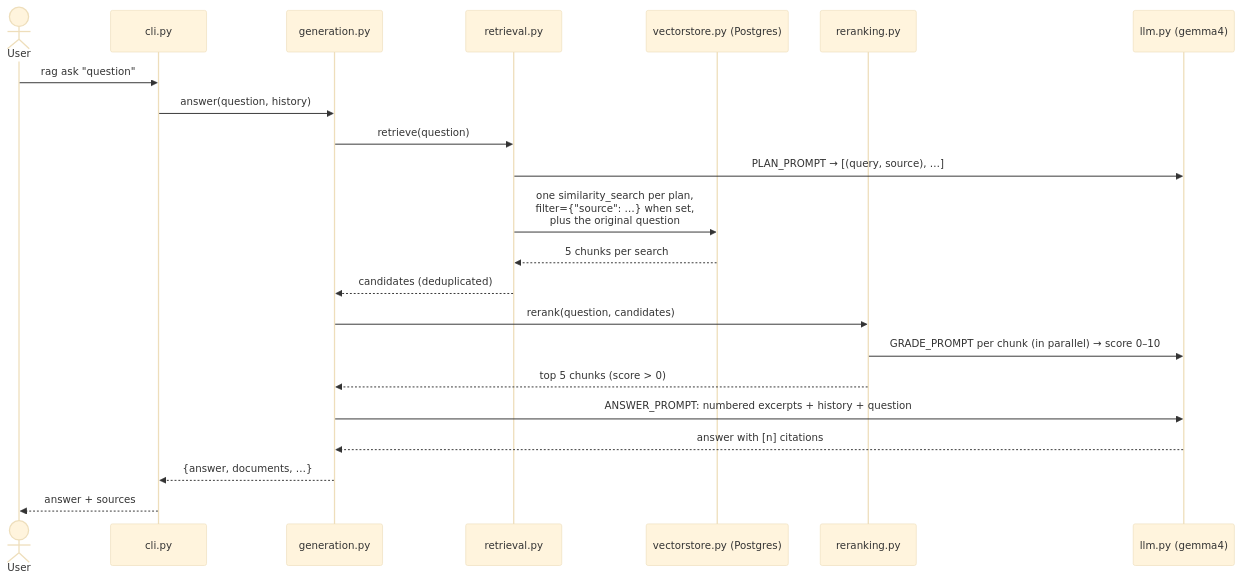
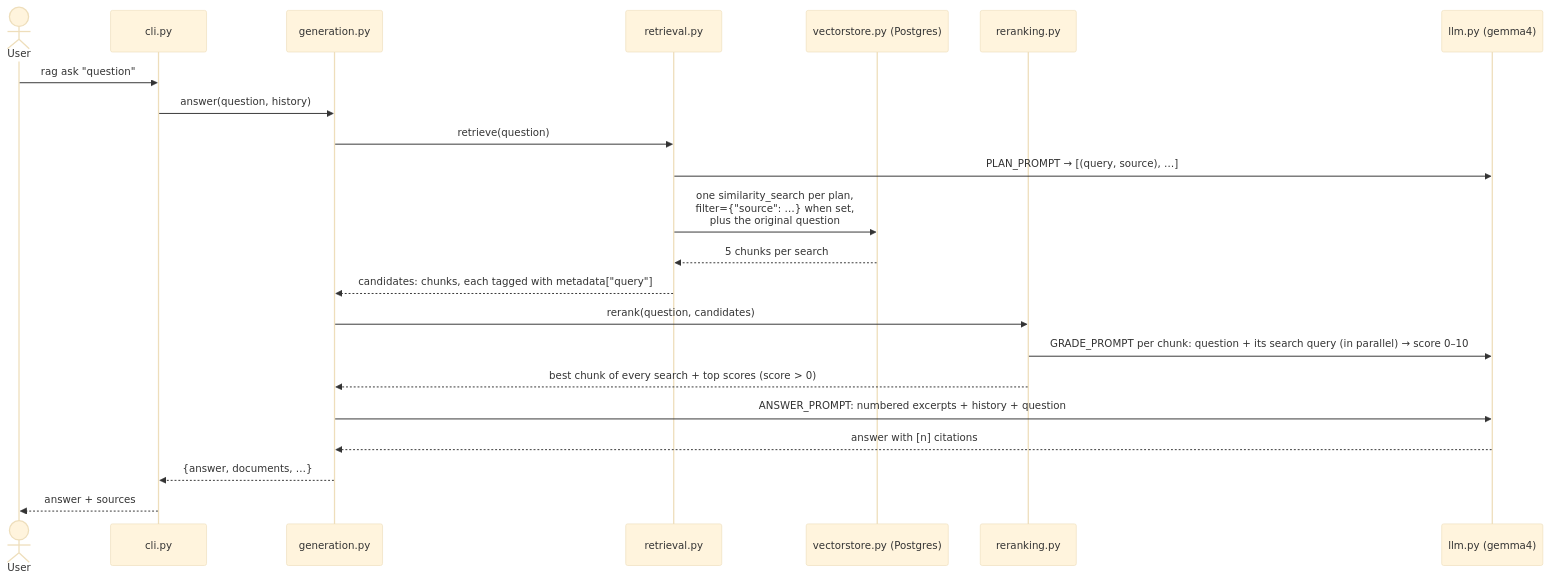
One commit to Abuubkar/rag-pipeline changed the third of 3 diagrams in src/rag_langchain/README.md. Above: the diagram before and after it, drawn with Mermaid (base theme). The commit also changed other lines of this file and 4 other files, not shown here.

Commit message:
Rerank with the full question and the search that found each chunk; keep the best chunk of every search

````diff
--- a/src/rag_langchain/README.md
+++ b/src/rag_langchain/README.md
@@ -76,28 +76,28 @@
 ```mermaid
 sequenceDiagram
     actor User
     participant cli as cli.py
     participant gen as generation.py
     participant ret as retrieval.py
     participant pg as vectorstore.py (Postgres)
     participant rr as reranking.py
     participant llm as llm.py (gemma4)
 
     User->>cli: rag ask "question"
     cli->>gen: answer(question, history)
 
     gen->>ret: retrieve(question)
     ret->>llm: PLAN_PROMPT → [(query, source), …]
     ret->>pg: one similarity_search per plan,<br/>filter={"source": …} when set,<br/>plus the original question
     pg-->>ret: 5 chunks per search
-    ret-->>gen: candidates (deduplicated)
+    ret-->>gen: candidates: chunks, each tagged with metadata["query"]
 
     gen->>rr: rerank(question, candidates)
-    rr->>llm: GRADE_PROMPT per chunk (in parallel) → score 0–10
-    rr-->>gen: top 5 chunks (score > 0)
+    rr->>llm: GRADE_PROMPT per chunk: question + its search query (in parallel) → score 0–10
+    rr-->>gen: best chunk of every search + top scores (score > 0)
 
     gen->>llm: ANSWER_PROMPT: numbered excerpts + history + question
     llm-->>gen: answer with [n] citations
     gen-->>cli: {answer, documents, …}
     cli-->>User: answer + sources
 ```
````
